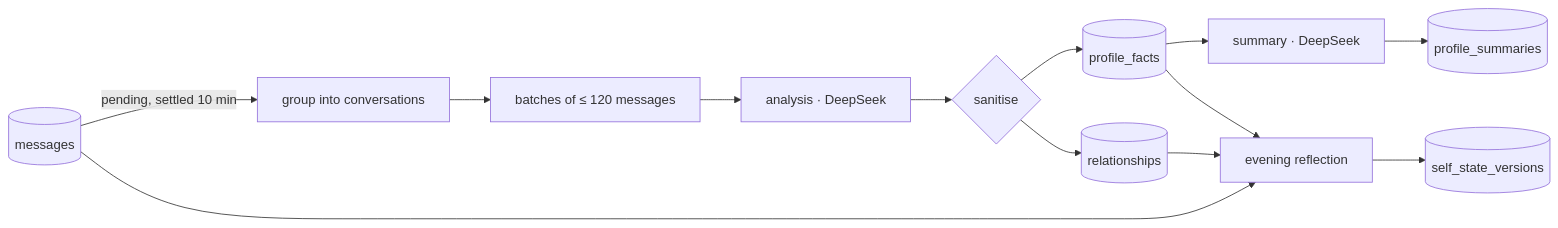
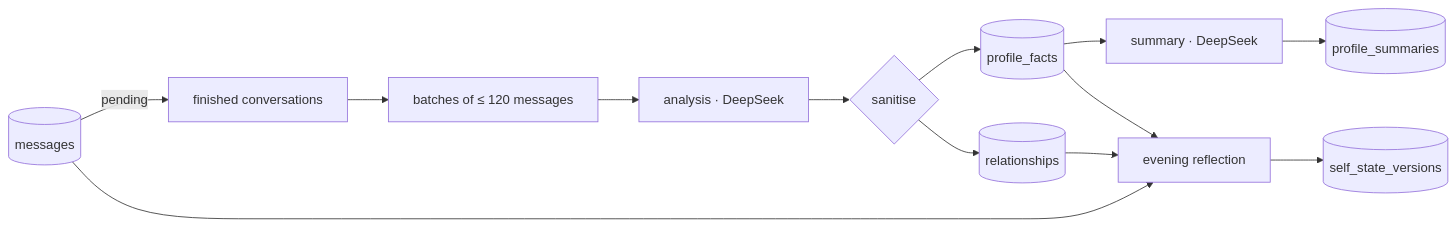
One commit to LeoBdt/ARCHIVE-9 changed the third of 3 diagrams in docs/ARCHITECTURE.md. Above: the diagram before and after it, drawn with Mermaid. The commit also changed other lines of this file and 17 other files, not shown here.

````diff
--- a/docs/ARCHITECTURE.md
+++ b/docs/ARCHITECTURE.md
@@ -98,15 +98,15 @@
 ```mermaid
 flowchart LR
-  M[(messages)] -->|pending, settled 10 min| G[group into conversations]
+  M[(messages)] -->|pending| G[finished conversations]
   G --> B[batches of ≤ 120 messages]
   B --> A[analysis · DeepSeek]
   A --> S{sanitise}
   S --> F[(profile_facts)]
   S --> R[(relationships)]
   F --> P[summary · DeepSeek]
   P --> PS[(profile_summaries)]
   M --> RF[evening reflection]
   F --> RF
   R --> RF
   RF --> SS[(self_state_versions)]
 ```
````
